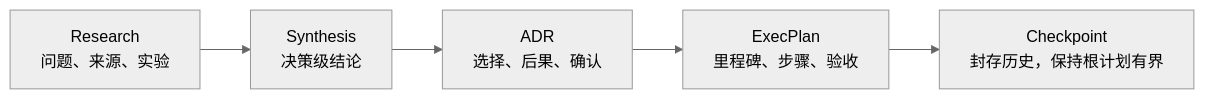
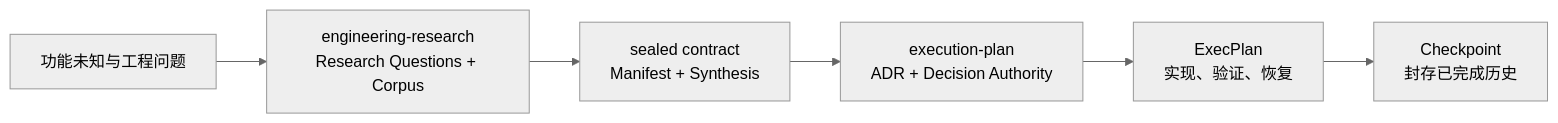
Before and after one commit to XiaoWeiKIN/RepoFoundryAI: the first of 2 diagrams in README.md, drawn with Mermaid (neutral theme). The commit also changed other lines of this file and 28 other files, not shown here.

Commit message:
feat: split engineering research into companion skill

````diff
--- a/README.md
+++ b/README.md
@@ -5,7 +12,8 @@
 ```mermaid
 flowchart LR
-    R["Research<br/>问题、来源、实验"] --> S["Synthesis<br/>决策级结论"]
-    S --> A["ADR<br/>选择、后果、确认"]
-    A --> E["ExecPlan<br/>里程碑、步骤、验收"]
-    E --> C["Checkpoint<br/>封存历史，保持根计划有界"]
+    U["功能未知与工程问题"] --> R["engineering-research<br/>Research Questions + Corpus"]
+    R --> M["sealed contract<br/>Manifest + Synthesis"]
+    M --> A["execution-plan<br/>ADR + Decision Authority"]
+    A --> E["ExecPlan<br/>实现、验证、恢复"]
+    E --> C["Checkpoint<br/>封存已完成历史"]
 ```
````
